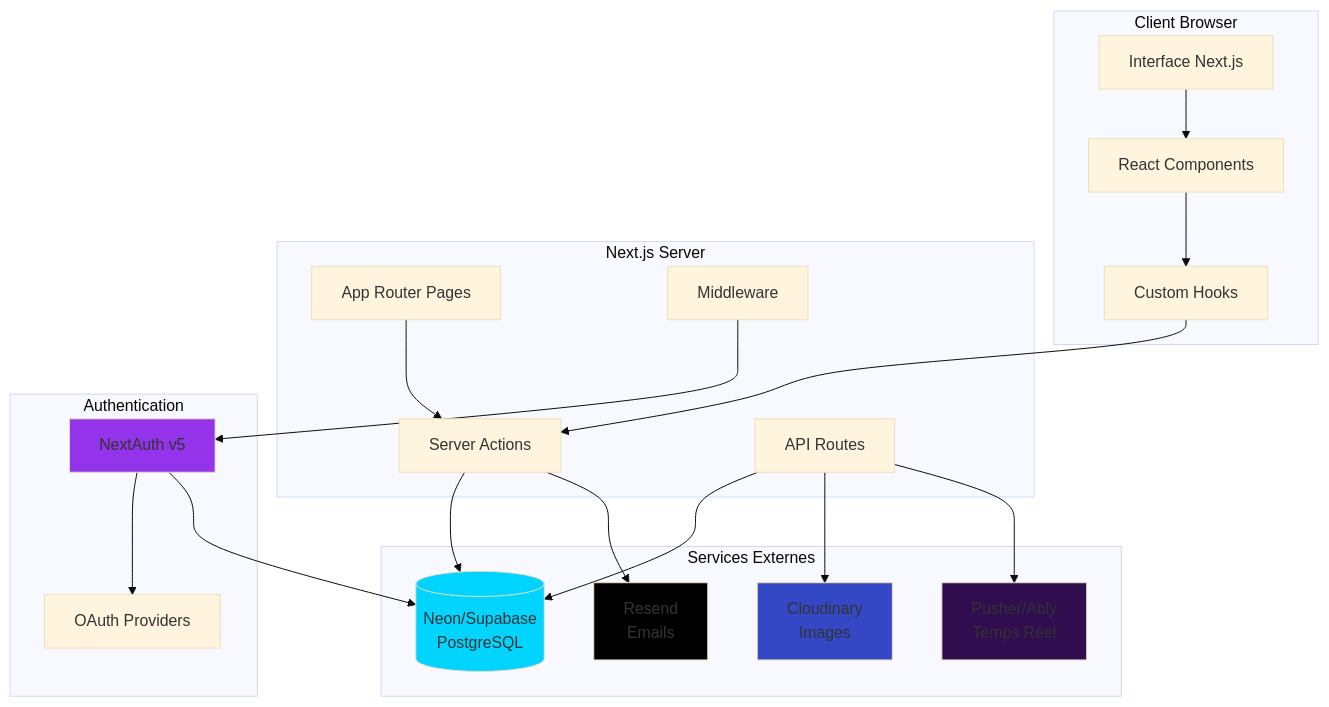
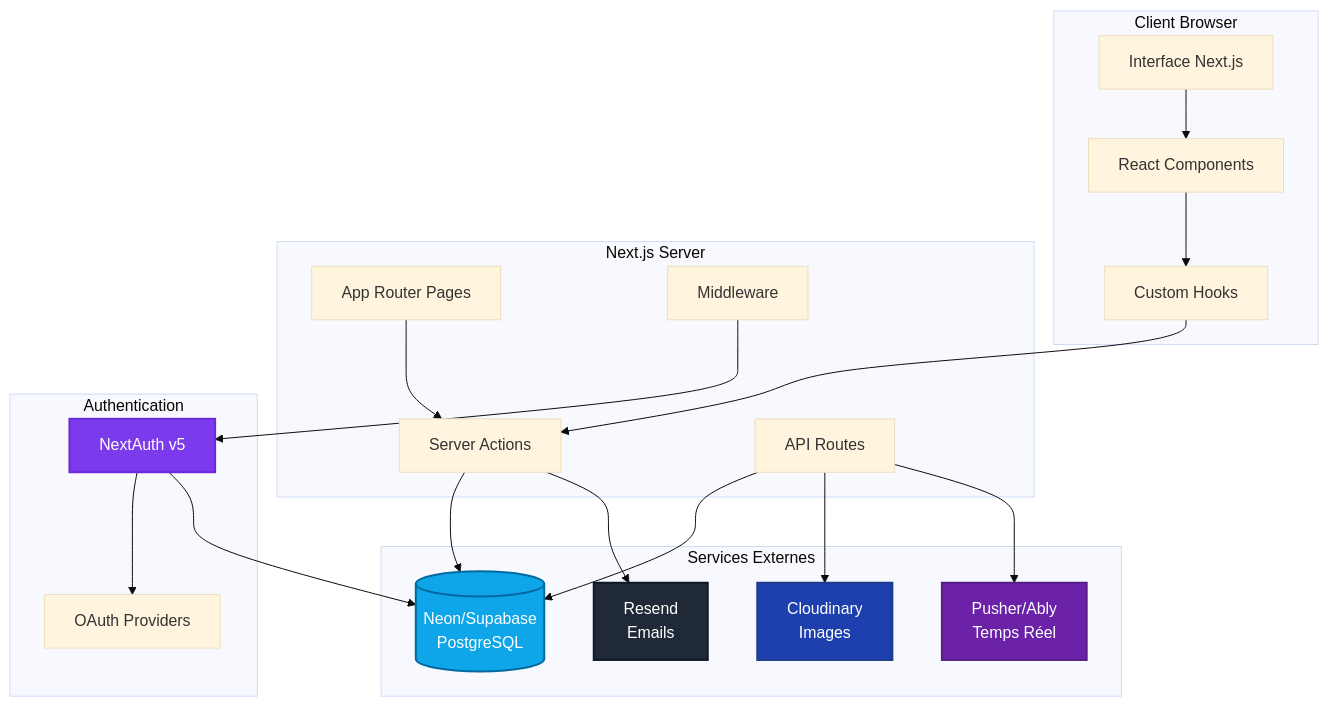
One commit to inskillflow/next-auth-demo-2-match changed the first of 32 diagrams in documentation/16-diagrammes-architecture.md. Above: the diagram before and after it, drawn with Mermaid (base theme). The commit also changed other lines of this file, not shown here.

Commit message:
version 1 neon

````diff
--- a/documentation/16-diagrammes-architecture.md
+++ b/documentation/16-diagrammes-architecture.md
@@ -26,46 +26,46 @@
 ```mermaid
 graph TB
     subgraph "Client Browser"
         UI[Interface Next.js]
         Components[React Components]
         Hooks[Custom Hooks]
     end
 
     subgraph "Next.js Server"
         Pages[App Router Pages]
         ServerActions[Server Actions]
         API[API Routes]
         Middleware[Middleware]
     end
 
     subgraph "Services Externes"
         Neon[(Neon/Supabase<br/>PostgreSQL)]
         Cloudinary[Cloudinary<br/>Images]
         Pusher[Pusher/Ably<br/>Temps Réel]
         Resend[Resend<br/>Emails]
     end
 
     subgraph "Authentication"
         NextAuth[NextAuth v5]
         Providers[OAuth Providers]
     end
 
     UI --> Components
     Components --> Hooks
     Hooks --> ServerActions
     Pages --> ServerActions
     ServerActions --> Neon
     API --> Neon
     API --> Cloudinary
     API --> Pusher
     ServerActions --> Resend
     Middleware --> NextAuth
     NextAuth --> Providers
     NextAuth --> Neon
 
-    style Neon fill:#00d4ff
-    style Cloudinary fill:#3448c5
-    style Pusher fill:#300d4f
-    style Resend fill:#000
-    style NextAuth fill:#9333ea
+    style Neon fill:#0ea5e9,stroke:#0369a1,stroke-width:2px,color:#fff
+    style Cloudinary fill:#1e40af,stroke:#1e3a8a,stroke-width:2px,color:#fff
+    style Pusher fill:#6b21a8,stroke:#581c87,stroke-width:2px,color:#fff
+    style Resend fill:#1f2937,stroke:#111827,stroke-width:2px,color:#fff
+    style NextAuth fill:#7c3aed,stroke:#6d28d9,stroke-width:2px,color:#fff
 ```
````
